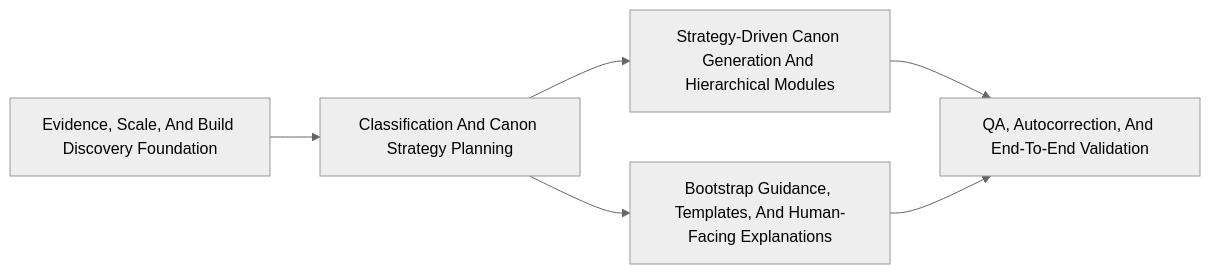
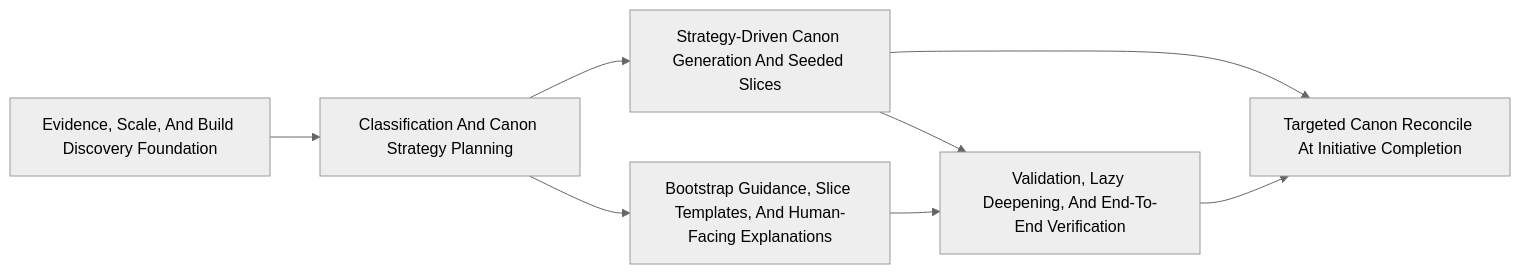
The diagram in .cicadas/active/repo-adaptability/approach.md (ecodan/cicadas), drawn with Mermaid (neutral theme) before and after one commit. The commit also changed other lines of this file and 30 other files, not shown here.

````diff
--- a/.cicadas/active/repo-adaptability/approach.md
+++ b/.cicadas/active/repo-adaptability/approach.md
@@ -163,8 +192,10 @@
 ```mermaid
 graph LR
     P1["Evidence, Scale, And Build Discovery Foundation"] --> P2["Classification And Canon Strategy Planning"]
-    P2 --> P3["Strategy-Driven Canon Generation And Hierarchical Modules"]
-    P2 --> P4["Bootstrap Guidance, Templates, And Human-Facing Explanations"]
-    P3 --> P5["QA, Autocorrection, And End-To-End Validation"]
+    P2 --> P3["Strategy-Driven Canon Generation And Seeded Slices"]
+    P2 --> P4["Bootstrap Guidance, Slice Templates, And Human-Facing Explanations"]
+    P3 --> P5["Validation, Lazy Deepening, And End-To-End Verification"]
     P4 --> P5
+    P3 --> P6["Targeted Canon Reconcile At Initiative Completion"]
+    P5 --> P6
 ```
````
